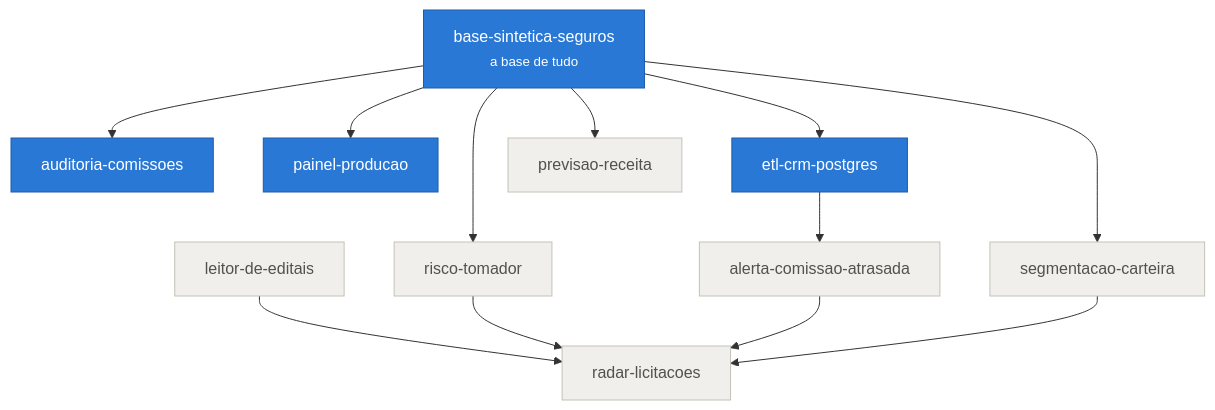
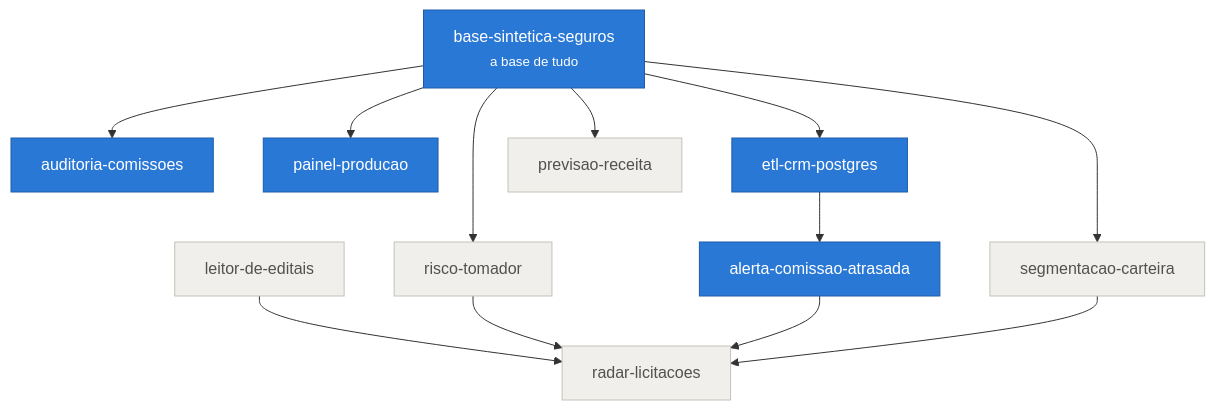
Before and after one commit to Lucasnevesads/Lucasnevesads: the diagram in README.md, drawn with Mermaid. The commit also changed other lines of this file, not shown here.

Commit message:
Marca alerta-comissao-atrasada como pronto: a Esteira fechou

````diff
--- a/README.md
+++ b/README.md
@@ -32,20 +32,20 @@
 ```mermaid
 flowchart TD
     A["base-sintetica-seguros<br/><small>a base de tudo</small>"]:::pronto
 
     A --> B["auditoria-comissoes"]:::pronto
     A --> C["painel-producao"]:::pronto
     A --> D["etl-crm-postgres"]:::pronto
     A --> F["risco-tomador"]:::fila
     A --> G["previsao-receita"]:::fila
     A --> H["segmentacao-carteira"]:::fila
 
-    D --> E["alerta-comissao-atrasada"]:::fila
+    D --> E["alerta-comissao-atrasada"]:::pronto
     I["leitor-de-editais"]:::fila --> J["radar-licitacoes"]:::fila
     F --> J
     E --> J
     H --> J
 
     classDef pronto fill:#2a78d6,stroke:#1c5cab,color:#fff,stroke-width:1px
     classDef fila fill:#f0efec,stroke:#c3c2b7,color:#52514e,stroke-width:1px
 ```
````
